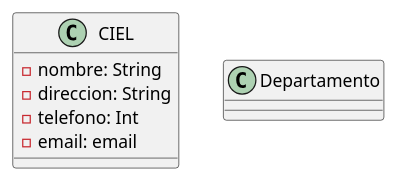
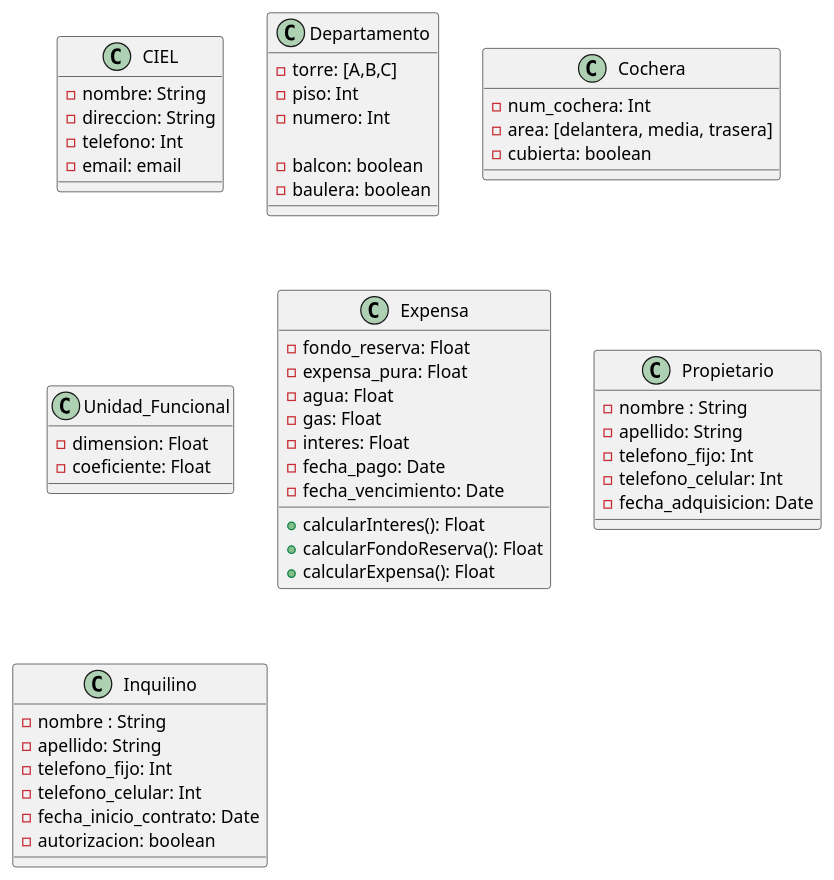
One commit to Z0SO/UML-Practice changed the eighth of 8 diagrams in 1-Repaso recuperatorio/Repaso Recuperatorio.md. Above: the diagram before and after it, drawn with PlantUML.

Commit message:
bkp -> 2024-08-13 18:28:10

```diff
--- a/1-Repaso recuperatorio/Repaso Recuperatorio.md
+++ b/1-Repaso recuperatorio/Repaso Recuperatorio.md
@@ -667,7 +667,8 @@
 
 ' ciel
 ' expensa
-' edificio
+
+
 ' torre
 
 ' departamento
@@ -689,10 +690,71 @@
     - email: email
 }
 
+
+
 class dpto as "Departamento" {
-    
+    - torre: [A,B,C]
+    - piso: Int
+    - numero: Int
+
+    - balcon: boolean
+    - baulera: boolean
+
+
+
+
 }
 
+class cochera as "Cochera" {
+    - num_cochera: Int
+    - area: [delantera, media, trasera] 
+    - cubierta: boolean
+
+
+}
+
+class unidad_funcional as "Unidad_Funcional" {
+
+    - dimension: Float
+    - coeficiente: Float
+
+
+}
+
+class expensa as "Expensa" {
+    
+    - fondo_reserva: Float
+    - expensa_pura: Float
+    - agua: Float
+    - gas: Float
+    - interes: Float
+    - fecha_pago: Date
+    - fecha_vencimiento: Date
+
+    + calcularInteres(): Float
+    + calcularFondoReserva(): Float
+    + calcularExpensa(): Float
+}
+
+
+class propietario as "Propietario" {
+    - nombre : String
+    - apellido: String
+    - telefono_fijo: Int
+    - telefono_celular: Int
+    - fecha_adquisicion: Date
+}
+
+class inquilino as "Inquilino" {
+
+    - nombre : String
+    - apellido: String
+    - telefono_fijo: Int
+    - telefono_celular: Int
+    - fecha_inicio_contrato: Date
+    - autorizacion: boolean
+
+}
 
 
 @enduml
```
